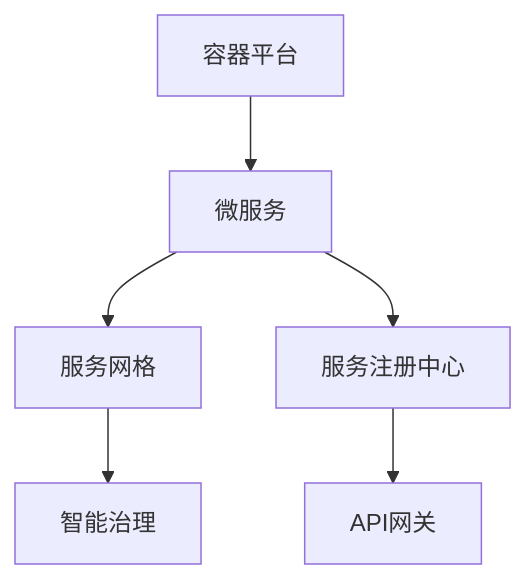
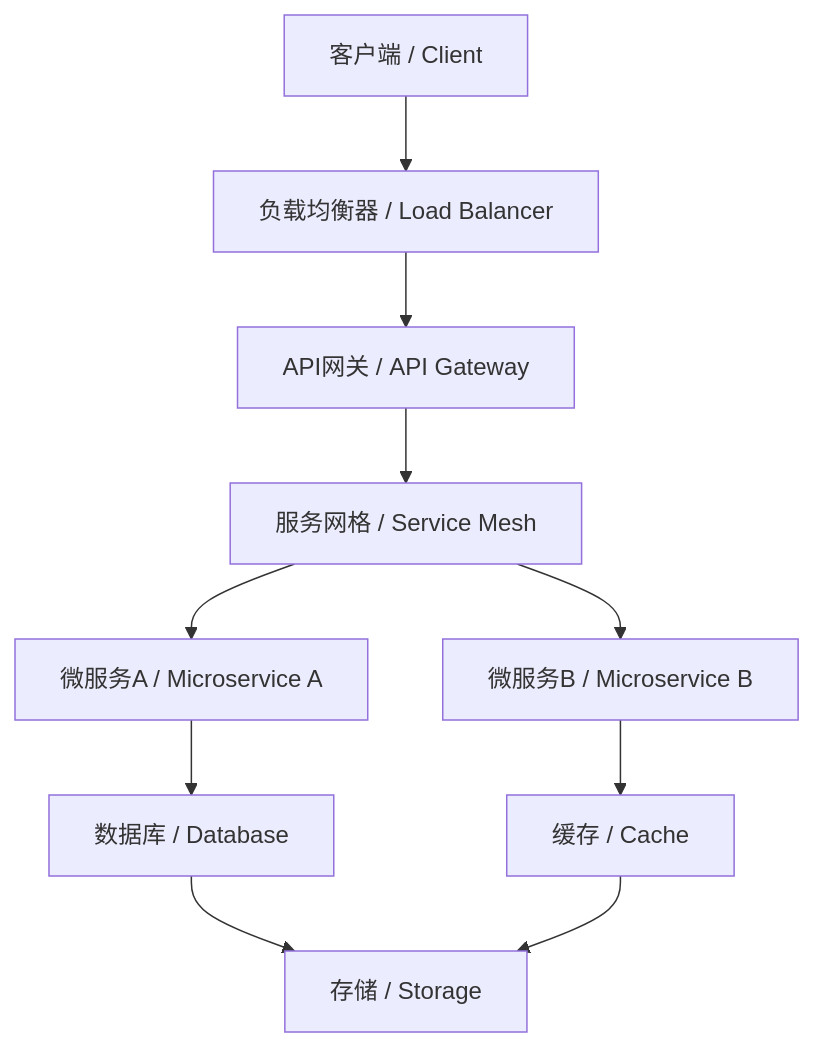
Before and after one commit to AdaMartin18010/SystemOSIOT: the diagram in 7.容器与微服务/7.5 多表征/7.5.3 多角度表达.md, drawn with Mermaid. The commit also changed other lines of this file and 24 other files, not shown here.

````diff
--- a/7.容器与微服务/7.5 多表征/7.5.3 多角度表达.md
+++ b/7.容器与微服务/7.5 多表征/7.5.3 多角度表达.md
@@ -5,8 +37,12 @@
 ```mermaid
-graph TD
-    A[容器平台] --> B[微服务]
-    B --> C[服务网格]
-    C --> D[智能治理]
-    B --> E[服务注册中心]
-    E --> F[API网关]
+graph TB
+    A[客户端 / Client] --> B[负载均衡器 / Load Balancer]
+    B --> C[API网关 / API Gateway]
+    C --> D[服务网格 / Service Mesh]
+    D --> E[微服务A / Microservice A]
+    D --> F[微服务B / Microservice B]
+    E --> G[数据库 / Database]
+    F --> H[缓存 / Cache]
+    G --> I[存储 / Storage]
+    H --> I
 ```
````
